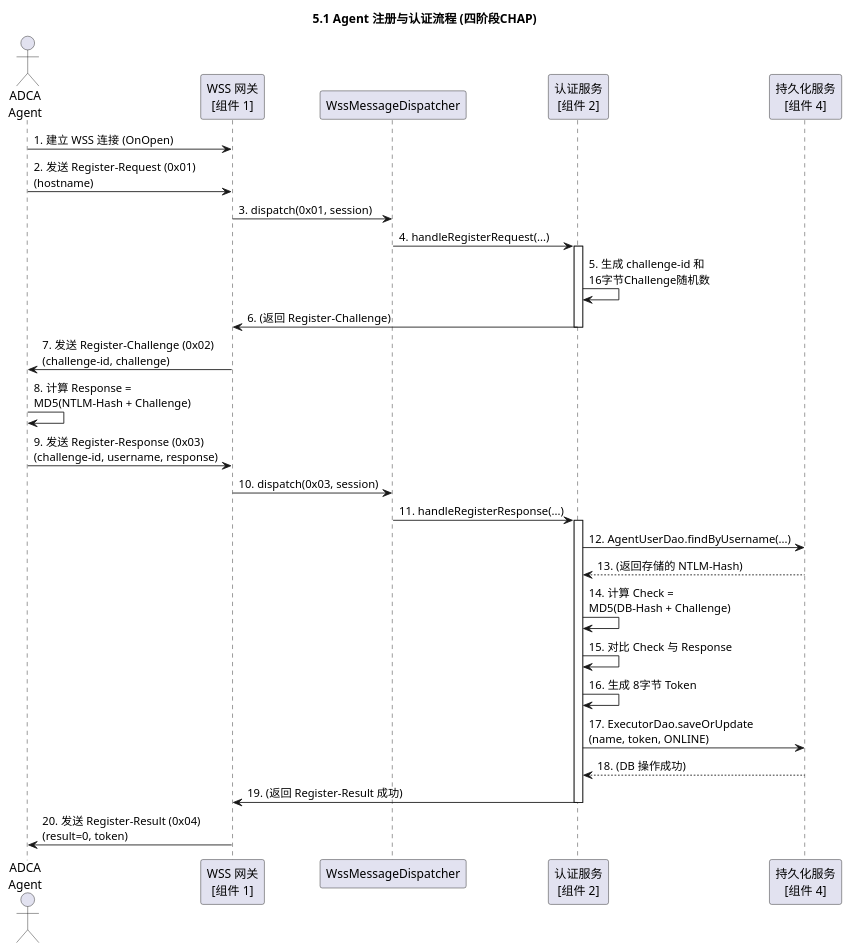
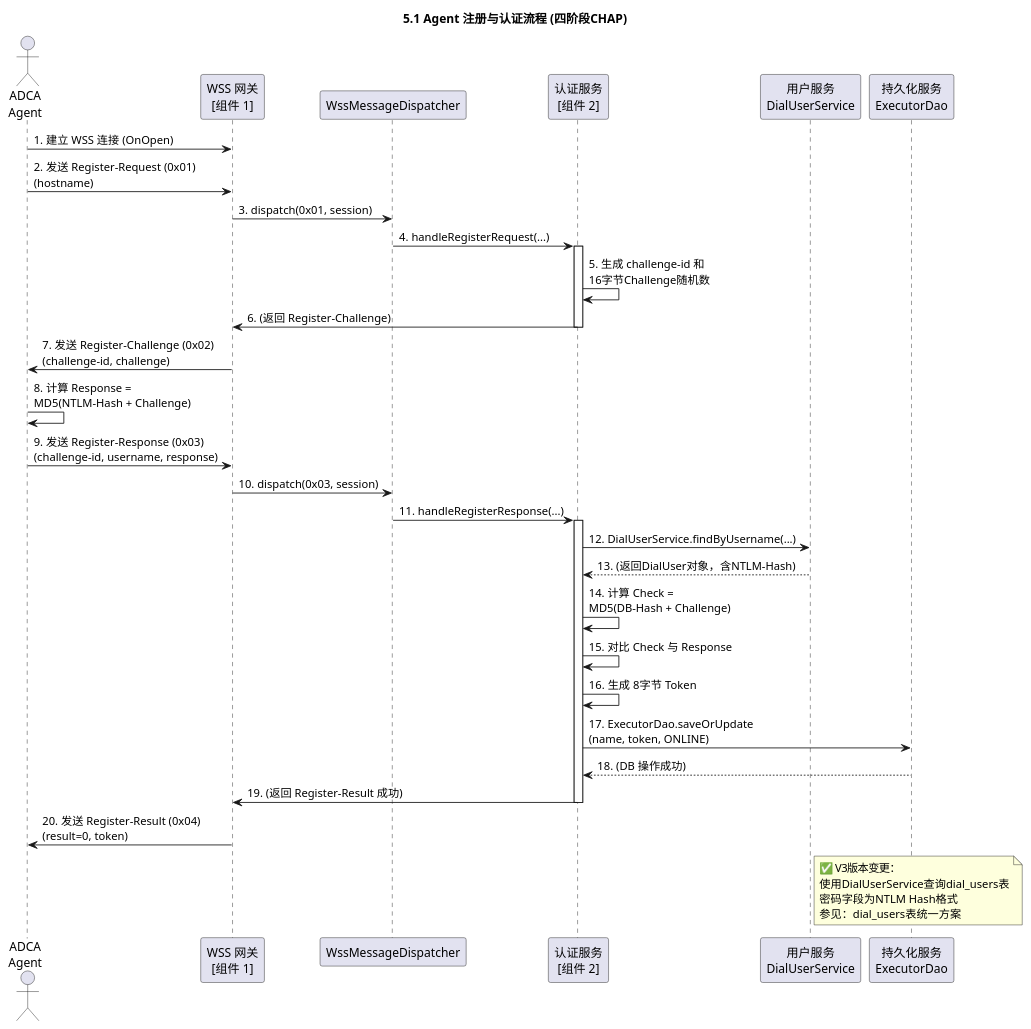
The third of 7 diagrams in AR软件实现设计文档/执行机管理/执行机管理-WebSocket通信协议设计.md (GuiHongli/DialTestCenter), drawn with PlantUML before and after one commit. The commit also changed other lines of this file and 16 other files, not shown here.

````diff
--- a/AR软件实现设计文档/执行机管理/执行机管理-WebSocket通信协议设计.md
+++ b/AR软件实现设计文档/执行机管理/执行机管理-WebSocket通信协议设计.md
@@ -471,45 +479,53 @@
 ```plantuml
 @startuml
 title 5.1 Agent 注册与认证流程 (四阶段CHAP)
 
 actor "ADCA\nAgent" as Agent
 participant "WSS 网关\n[组件 1]" as Wss
 participant "WssMessageDispatcher" as Dispatcher
 participant "认证服务\n[组件 2]" as AuthService
-participant "持久化服务\n[组件 4]" as Dao
+participant "用户服务\nDialUserService" as UserService
+participant "持久化服务\nExecutorDao" as Dao
 
 Agent -> Wss : 1. 建立 WSS 连接 (OnOpen)
 Agent -> Wss : 2. 发送 Register-Request (0x01)\n(hostname)
 Wss -> Dispatcher : 3. dispatch(0x01, session)
 Dispatcher -> AuthService : 4. handleRegisterRequest(...)
 
 activate AuthService
     AuthService -> AuthService : 5. 生成 challenge-id 和\n16字节Challenge随机数
     AuthService -> Wss : 6. (返回 Register-Challenge)
 deactivate AuthService
 
 Wss -> Agent : 7. 发送 Register-Challenge (0x02)\n(challenge-id, challenge)
 
 Agent -> Agent : 8. 计算 Response =\nMD5(NTLM-Hash + Challenge)
 Agent -> Wss : 9. 发送 Register-Response (0x03)\n(challenge-id, username, response)
 Wss -> Dispatcher : 10. dispatch(0x03, session)
 Dispatcher -> AuthService : 11. handleRegisterResponse(...)
 
 activate AuthService
-    AuthService -> Dao : 12. AgentUserDao.findByUsername(...)
-    Dao --> AuthService : 13. (返回存储的 NTLM-Hash)
+    AuthService -> UserService : 12. DialUserService.findByUsername(...)
+    UserService --> AuthService : 13. (返回DialUser对象，含NTLM-Hash)
     AuthService -> AuthService : 14. 计算 Check =\nMD5(DB-Hash + Challenge)
     AuthService -> AuthService : 15. 对比 Check 与 Response
 
     ' 假设认证成功
     AuthService -> AuthService : 16. 生成 8字节 Token
     AuthService -> Dao : 17. ExecutorDao.saveOrUpdate\n(name, token, ONLINE)
     Dao --> AuthService : 18. (DB 操作成功)
 
     AuthService -> Wss : 19. (返回 Register-Result 成功)
 deactivate AuthService
 
 Wss -> Agent : 20. 发送 Register-Result (0x04)\n(result=0, token)
 
+note right of UserService
+  ✅ V3版本变更：
+  使用DialUserService查询dial_users表
+  密码字段为NTLM Hash格式
+  参见：dial_users表统一方案
+end note
+
 @enduml
 ```
````
